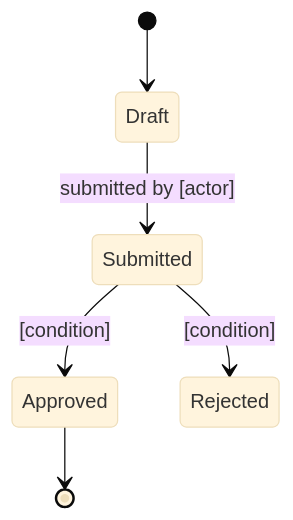
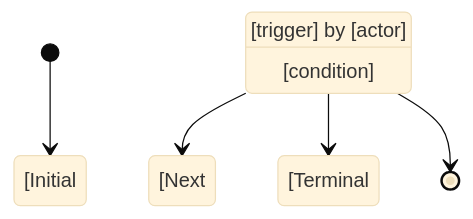
Before and after one commit to PabloViniegra/tell-me-the-domain: the second of 2 diagrams in skills/tell-me-the-domain/assets/templates/BUSINESS_OVERVIEW.template.md, drawn with Mermaid (base theme). The commit also changed other lines of this file and 15 other files, not shown here.

````diff
--- a/skills/tell-me-the-domain/assets/templates/BUSINESS_OVERVIEW.template.md
+++ b/skills/tell-me-the-domain/assets/templates/BUSINESS_OVERVIEW.template.md
@@ -116,8 +116,7 @@
 ```mermaid
 stateDiagram-v2
-    [*] --> Draft
-    Draft --> Submitted: submitted by [actor]
-    Submitted --> Approved: [condition]
-    Submitted --> Rejected: [condition]
-    Approved --> [*]
+    [*] --> [Initial state]
+    [Initial state] --> [Next state]: [trigger] by [actor]
+    [Next state] --> [Terminal state]: [condition]
+    [Terminal state] --> [*]
 ```
````
